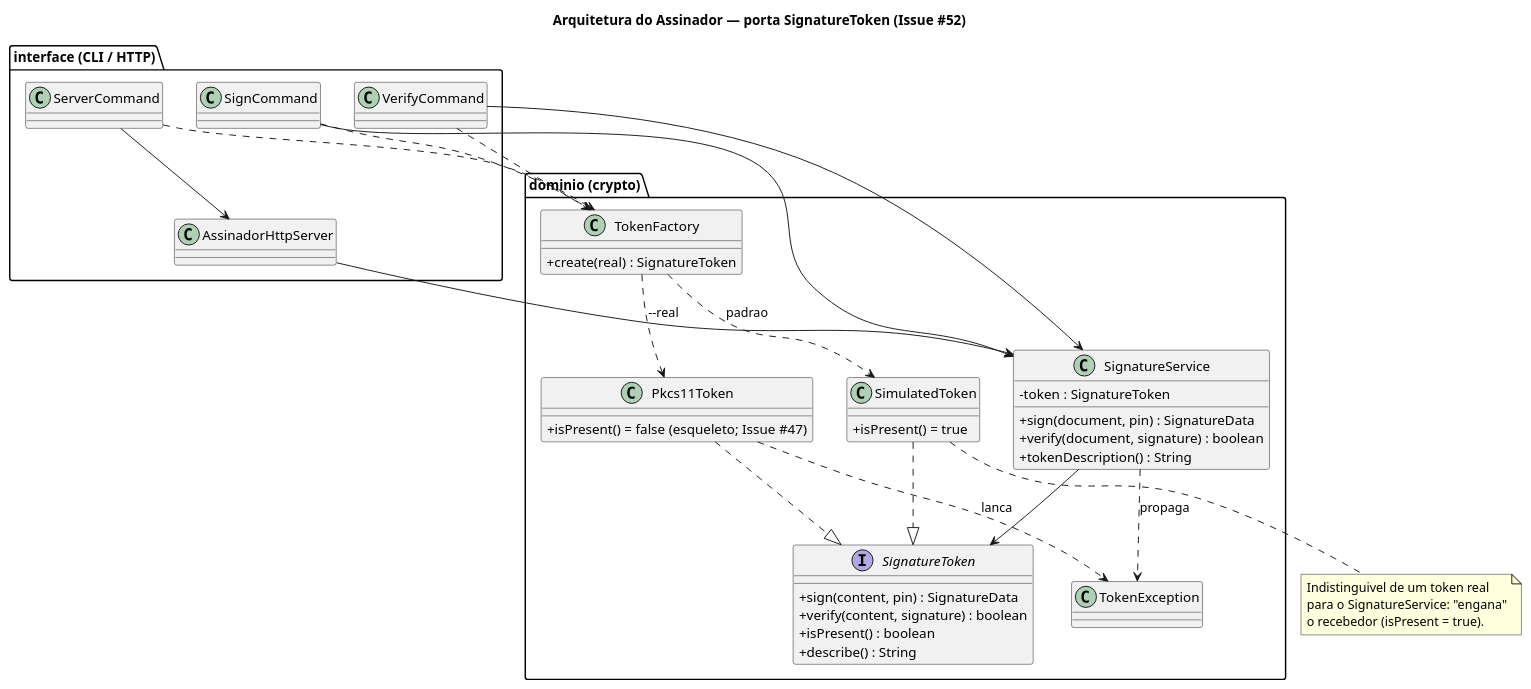
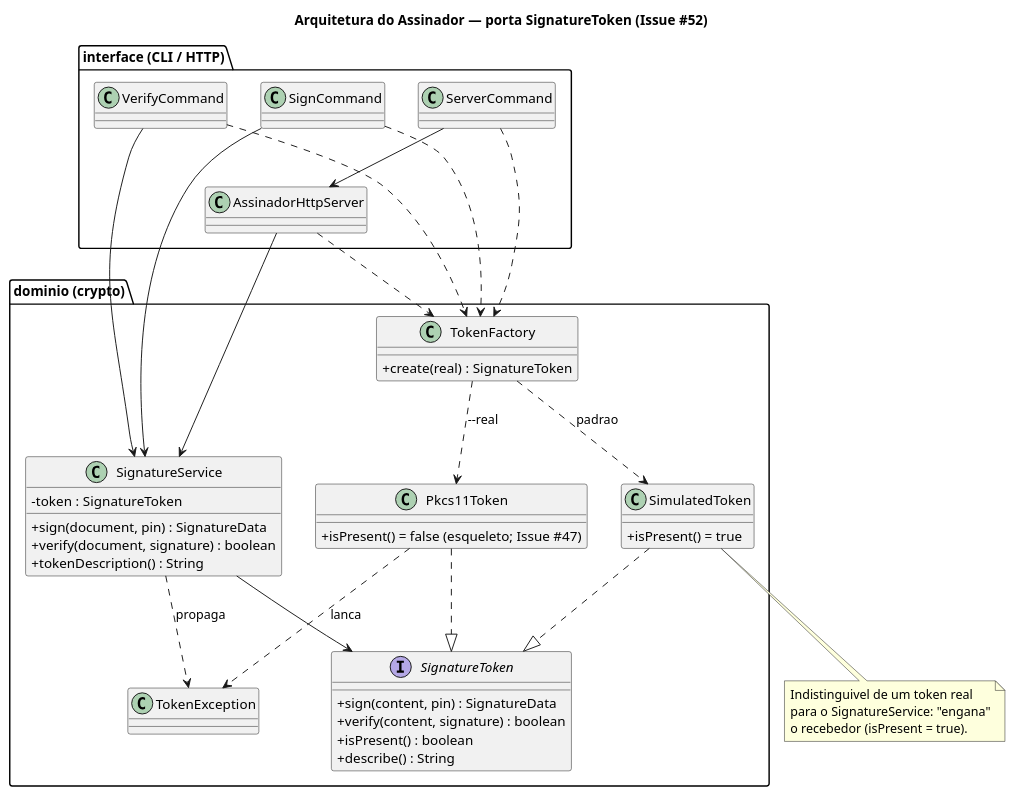
The diagram in diagramas/assinatura-token.puml (isadora-yasmim/runner), drawn with PlantUML before and after one commit.

Commit message:
docs: atualiza diagrama

```diff
--- a/diagramas/assinatura-token.puml
+++ b/diagramas/assinatura-token.puml
@@ -1,74 +1,75 @@
 @startuml assinatura-token
 title Arquitetura do Assinador — porta SignatureToken (Issue #52)
 
 skinparam shadowing false
 skinparam classAttributeIconSize 0
 
 package "interface (CLI / HTTP)" {
   class SignCommand
   class VerifyCommand
   class ServerCommand
   class AssinadorHttpServer
 }
 
 package "dominio (crypto)" {
   class SignatureService {
     -token : SignatureToken
     +sign(document, pin) : SignatureData
     +verify(document, signature) : boolean
     +tokenDescription() : String
   }
 
   interface SignatureToken {
     +sign(content, pin) : SignatureData
     +verify(content, signature) : boolean
     +isPresent() : boolean
     +describe() : String
   }
 
   class SimulatedToken {
     +isPresent() = true
   }
 
   class Pkcs11Token {
     +isPresent() = false (esqueleto; Issue #47)
   }
 
   class TokenFactory {
     +create(real) : SignatureToken
   }
 
   class TokenException
 }
 
 ' interface depende do recebedor
 SignCommand --> SignatureService
 VerifyCommand --> SignatureService
 AssinadorHttpServer --> SignatureService
 
 ' recebedor depende apenas da porta
 SignatureService --> SignatureToken
 
 ' implementacoes da porta
 SimulatedToken ..|> SignatureToken
 Pkcs11Token ..|> SignatureToken
 
 ' fabrica escolhe a implementacao (simulado por padrao)
 TokenFactory ..> SimulatedToken : padrao
 TokenFactory ..> Pkcs11Token : --real
 SignCommand ..> TokenFactory
 VerifyCommand ..> TokenFactory
 ServerCommand ..> TokenFactory
+AssinadorHttpServer ..> TokenFactory
 ServerCommand --> AssinadorHttpServer
 
 ' erro de sistema/dispositivo
 Pkcs11Token ..> TokenException : lanca
 SignatureService ..> TokenException : propaga
 
 note bottom of SimulatedToken
   Indistinguivel de um token real
   para o SignatureService: "engana"
   o recebedor (isPresent = true).
 end note
 
 @enduml
```
